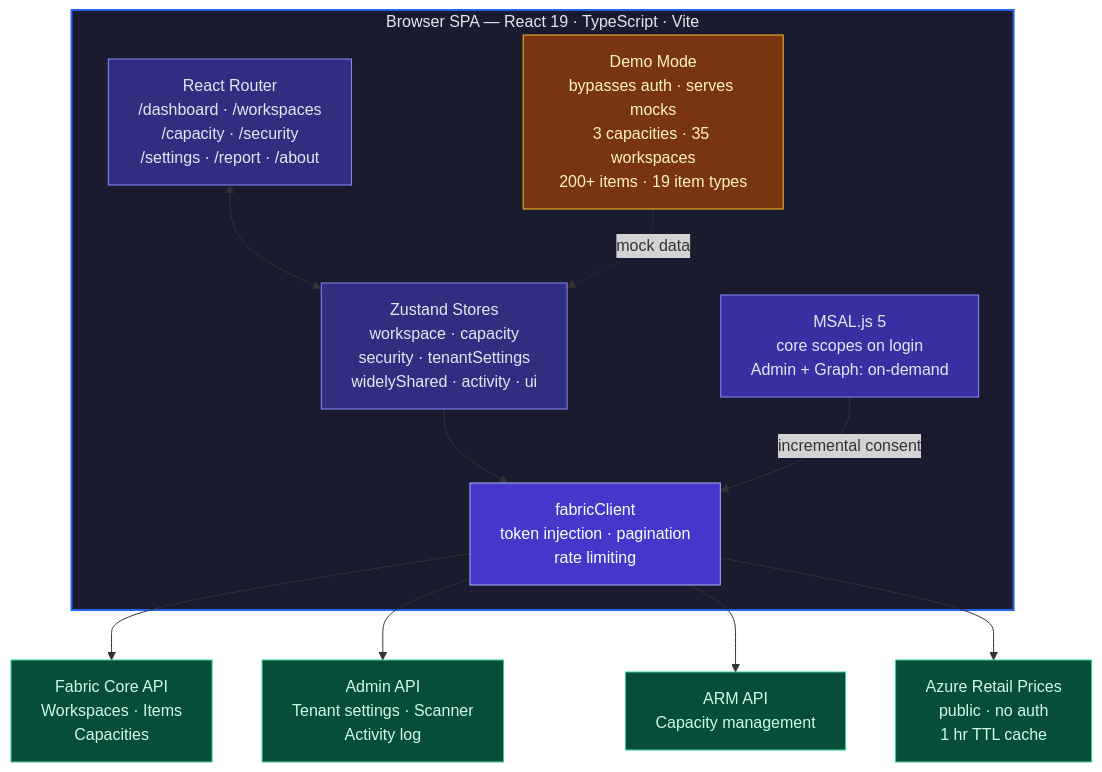
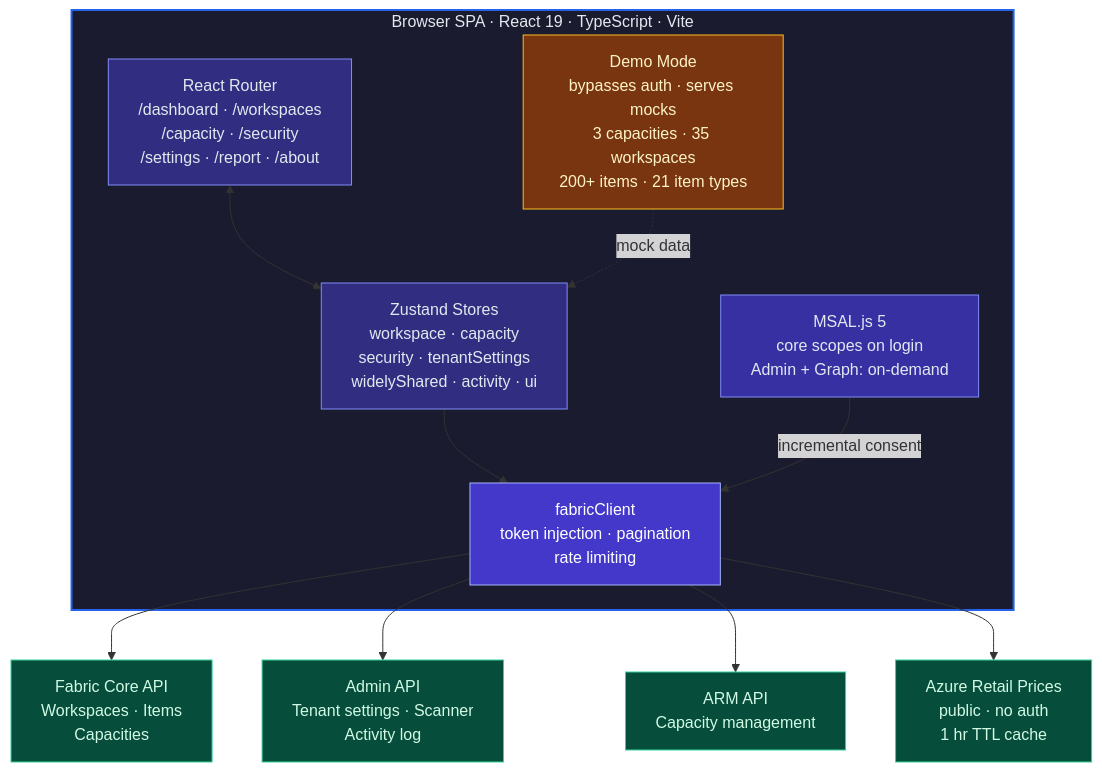
The diagram in README.md (psistla/fabric-lens), drawn with Mermaid before and after one commit. The commit also changed 1 other file, not shown here.

Commit message:
fix(docs): correct item type counts

````diff
--- a/README.md
+++ b/README.md
@@ -156,31 +156,31 @@
 ```mermaid
 flowchart TB
-    subgraph Browser["Browser SPA — React 19 · TypeScript · Vite"]
+    subgraph Browser["Browser SPA · React 19 · TypeScript · Vite"]
         Router["React Router\n/dashboard · /workspaces\n/capacity · /security\n/settings · /report · /about"]
         Stores["Zustand Stores\nworkspace · capacity\nsecurity · tenantSettings\nwidelyShared · activity · ui"]
-        Demo["Demo Mode\nbypasses auth · serves mocks\n3 capacities · 35 workspaces\n200+ items · 19 item types"]
+        Demo["Demo Mode\nbypasses auth · serves mocks\n3 capacities · 35 workspaces\n200+ items · 21 item types"]
         MSAL["MSAL.js 5\ncore scopes on login\nAdmin + Graph: on-demand"]
         FC["fabricClient\ntoken injection · pagination\nrate limiting"]
     end
 
     Router <--> Stores
     Stores --> FC
     MSAL -->|incremental consent| FC
     Demo -. mock data .-> Stores
 
     FC --> Core["Fabric Core API\nWorkspaces · Items\nCapacities"]
     FC --> Admin["Admin API\nTenant settings · Scanner\nActivity log"]
     FC --> ARM["ARM API\nCapacity management"]
     FC --> Prices["Azure Retail Prices\npublic · no auth\n1 hr TTL cache"]
 
     style Browser fill:#1a1b2e,stroke:#2563EB,stroke-width:2px,color:#e2e8f0
     style Router fill:#312e81,stroke:#818cf8,color:#e2e8f0
     style Stores fill:#312e81,stroke:#818cf8,color:#e2e8f0
     style MSAL fill:#3730a3,stroke:#818cf8,color:#e2e8f0
     style Demo fill:#78350f,stroke:#fbbf24,color:#fef3c7
     style FC fill:#4338ca,stroke:#a5b4fc,color:#ffffff
     style Core fill:#064e3b,stroke:#34d399,color:#d1fae5
     style Admin fill:#064e3b,stroke:#34d399,color:#d1fae5
     style ARM fill:#064e3b,stroke:#34d399,color:#d1fae5
     style Prices fill:#064e3b,stroke:#34d399,color:#d1fae5
 ```
````
